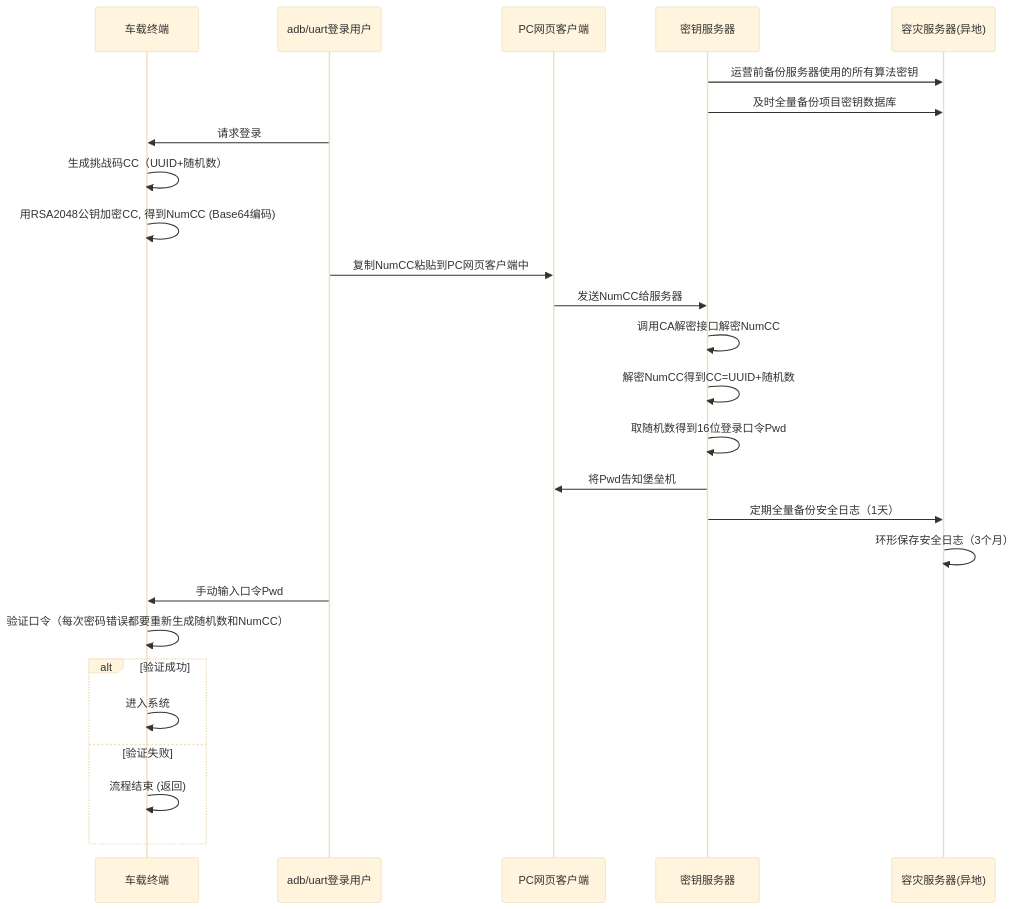
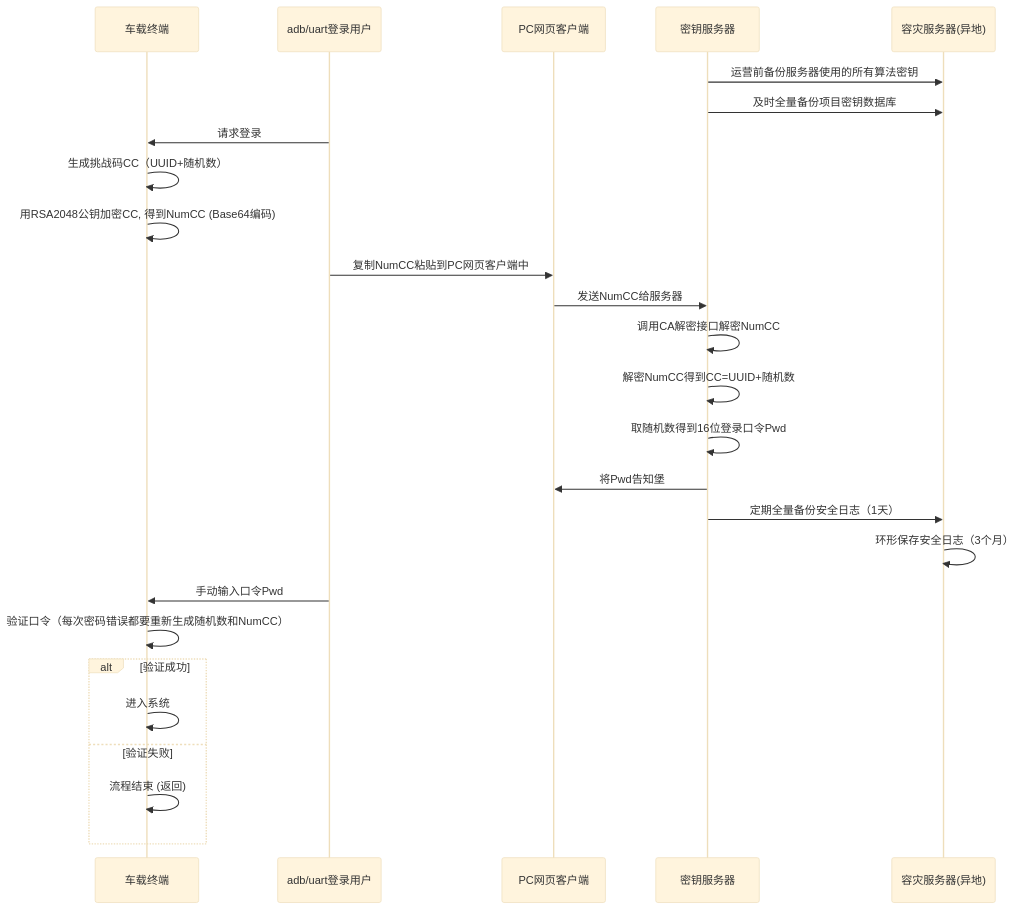
The diagram in all/未命名-19.md (facebook-cloud/iodraw-files), drawn with Mermaid (base theme) before and after one commit.

Commit message:
2026-03-17 19:22:53 update

````diff
--- a/all/未命名-19.md
+++ b/all/未命名-19.md
@@ -1,33 +1,33 @@
 ```mermaid
 sequenceDiagram
     participant tbox as 车载终端
     participant user as adb/uart登录用户
     participant pc as PC网页客户端
     participant tech_center as 密钥服务器
     participant backup as 容灾服务器(异地)
   
     tech_center->>backup: 运营前备份服务器使用的所有算法密钥
     tech_center->>backup: 及时全量备份项目密钥数据库
 
     user->>tbox: 请求登录
     tbox->>tbox: 生成挑战码CC（UUID+随机数）
     tbox->>tbox: 用RSA2048公钥加密CC, 得到NumCC (Base64编码)
     user->>pc: 复制NumCC粘贴到PC网页客户端中
     pc->>tech_center: 发送NumCC给服务器
     tech_center->>tech_center: 调用CA解密接口解密NumCC
     tech_center->>tech_center: 解密NumCC得到CC=UUID+随机数
     tech_center->>tech_center: 取随机数得到16位登录口令Pwd
-    tech_center->>pc: 将Pwd告知堡垒机
+    tech_center->>pc: 将Pwd告知堡
 
     tech_center->>backup: 定期全量备份安全日志（1天）
     backup->>backup: 环形保存安全日志（3个月）
     user->>tbox: 手动输入口令Pwd
     tbox->>tbox: 验证口令（每次密码错误都要重新生成随机数和NumCC）
     alt 验证成功
         tbox->>tbox: 进入系统
     else 验证失败
         tbox->>tbox: 流程结束 (返回)
     end
 
 
 ```
````
